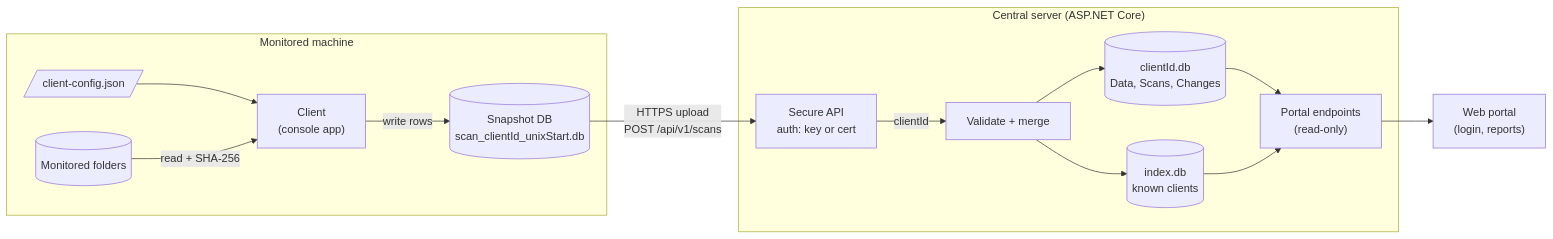
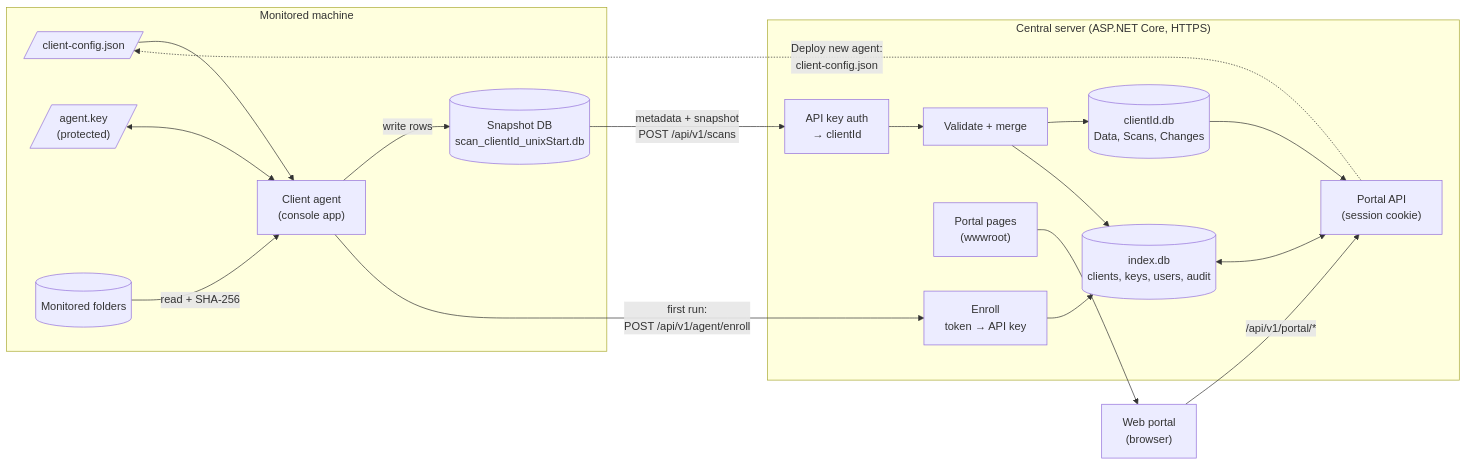
Before and after one commit to Carter89490/Capstone_Porject-: the first of 12 diagrams in README.md, drawn with Mermaid. The commit also changed other lines of this file and 16 other files, not shown here.

First line of the commit message:
Add API spec v1, portal prototype, and settle open design questions

````diff
--- a/README.md
+++ b/README.md
@@ -50,30 +60,38 @@
 ```mermaid
 flowchart LR
     subgraph Machine["Monitored machine"]
         Config[/"client-config.json"/]
+        Key[/"agent.key<br/>(protected)"/]
         Files[("Monitored folders")]
-        Client["Client<br/>(console app)"]
+        Client["Client agent<br/>(console app)"]
         Snap[("Snapshot DB<br/>scan_clientId_unixStart.db")]
         Config --> Client
+        Key <--> Client
         Files -- "read + SHA-256" --> Client
         Client -- "write rows" --> Snap
     end
 
-    subgraph ServerHost["Central server (ASP.NET Core)"]
-        Auth["Secure API<br/>auth: key or cert"]
+    subgraph ServerHost["Central server (ASP.NET Core, HTTPS)"]
+        Enroll["Enroll<br/>token → API key"]
+        Auth["API key auth<br/>→ clientId"]
         Merge["Validate + merge"]
-        Index[("index.db<br/>known clients")]
+        Index[("index.db<br/>clients, keys, users, audit")]
         PerClient[("clientId.db<br/>Data, Scans, Changes")]
-        PortalApi["Portal endpoints<br/>(read-only)"]
-        Auth -- "clientId" --> Merge
+        PortalApi["Portal API<br/>(session cookie)"]
+        Static["Portal pages<br/>(wwwroot)"]
+        Enroll --> Index
+        Auth --> Merge
+        Merge --> PerClient
         Merge --> Index
-        Merge --> PerClient
         PerClient --> PortalApi
-        Index --> PortalApi
+        Index <--> PortalApi
     end
 
-    Browser["Web portal<br/>(login, reports)"]
+    Browser["Web portal<br/>(browser)"]
 
-    Snap -- "HTTPS upload<br/>POST /api/v1/scans" --> Auth
-    PortalApi --> Browser
+    Client -- "first run:<br/>POST /api/v1/agent/enroll" --> Enroll
+    Snap -- "metadata + snapshot<br/>POST /api/v1/scans" --> Auth
+    Static --> Browser
+    Browser -- "/api/v1/portal/*" --> PortalApi
+    PortalApi -. "Deploy new agent:<br/>client-config.json" .-> Config
 ```
````
